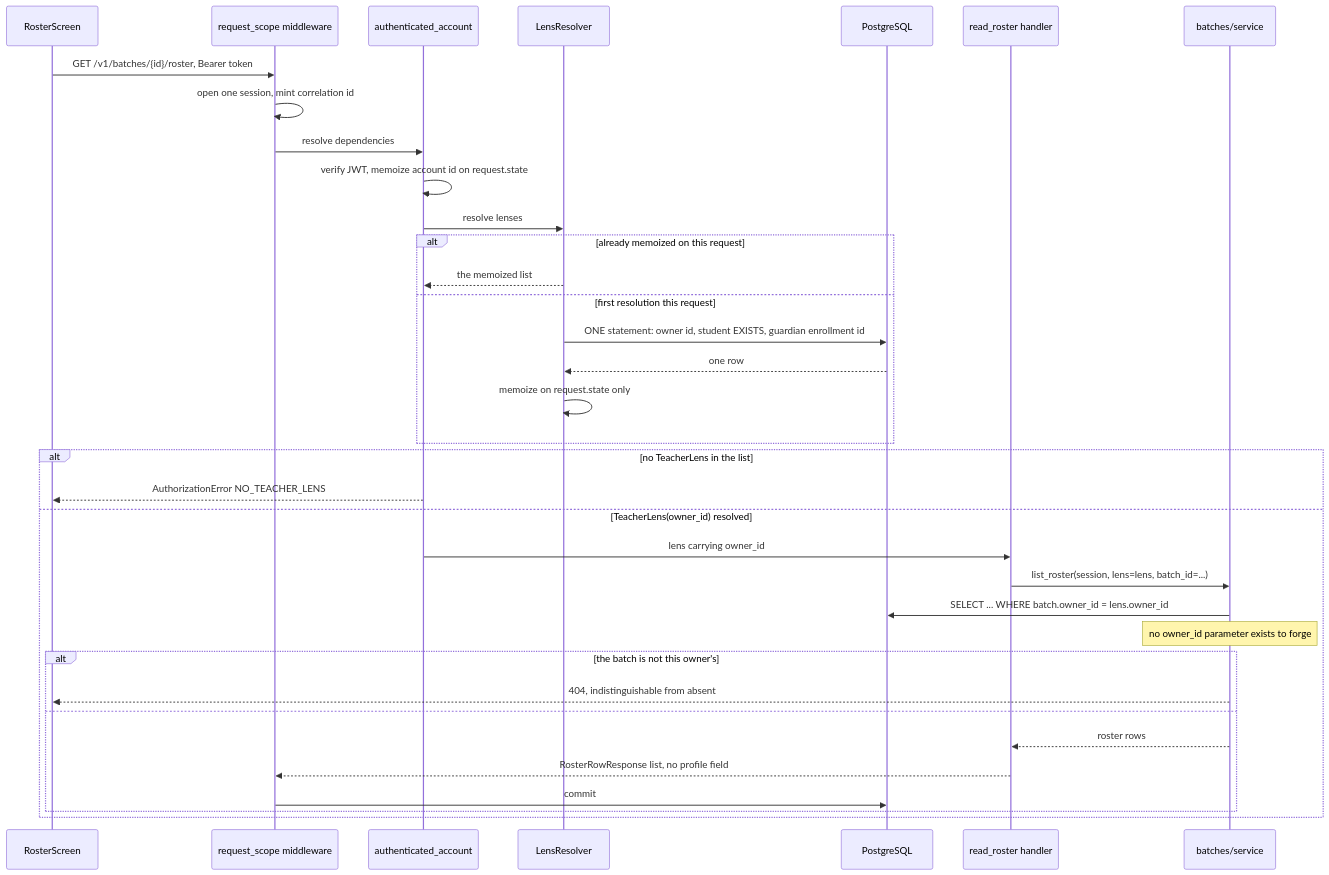
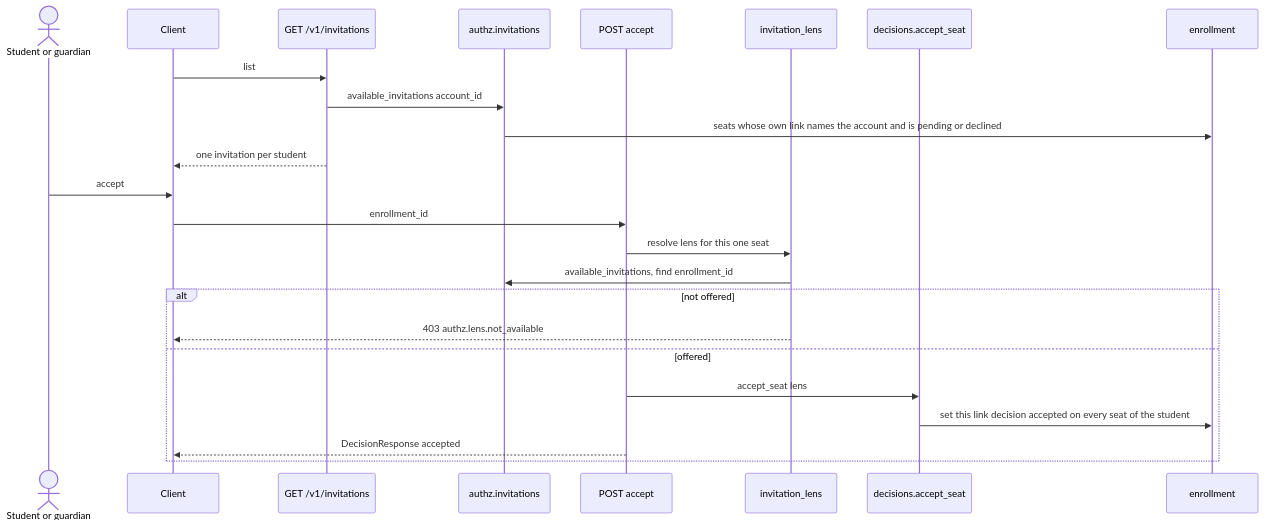
One commit to arshomashohag/shikkhok-plus changed the fifth of 6 diagrams in aidlc/spaces/default/codekb/shikkhok-plus/architecture.md. Above: the diagram before and after it, drawn with Mermaid. The commit also changed other lines of this file and 16 other files, not shown here.

````diff
--- a/aidlc/spaces/default/codekb/shikkhok-plus/architecture.md
+++ b/aidlc/spaces/default/codekb/shikkhok-plus/architecture.md
@@ -260,38 +216,26 @@
 ```mermaid
 sequenceDiagram
-    participant App as RosterScreen
-    participant MW as request_scope middleware
-    participant DEP as authenticated_account
-    participant RES as LensResolver
-    participant DB as PostgreSQL
-    participant H as read_roster handler
-    participant SVC as batches/service
-
-    App->>MW: GET /v1/batches/{id}/roster, Bearer token
-    MW->>MW: open one session, mint correlation id
-    MW->>DEP: resolve dependencies
-    DEP->>DEP: verify JWT, memoize account id on request.state
-    DEP->>RES: resolve lenses
-    alt already memoized on this request
-        RES-->>DEP: the memoized list
-    else first resolution this request
-        RES->>DB: ONE statement: owner id, student EXISTS, guardian enrollment id
-        DB-->>RES: one row
-        RES->>RES: memoize on request.state only
-    end
-    alt no TeacherLens in the list
-        DEP-->>App: AuthorizationError NO_TEACHER_LENS
-    else TeacherLens(owner_id) resolved
-        DEP->>H: lens carrying owner_id
-        H->>SVC: list_roster(session, lens=lens, batch_id=...)
-        SVC->>DB: SELECT ... WHERE batch.owner_id = lens.owner_id
-        Note over SVC: no owner_id parameter exists to forge
-        alt the batch is not this owner's
-            SVC-->>App: 404, indistinguishable from absent
-        else
-            SVC-->>H: roster rows
-            H-->>MW: RosterRowResponse list, no profile field
-            MW->>DB: commit
-        end
+    actor P as Student or guardian
+    participant C as Client
+    participant LI as GET /v1/invitations
+    participant IV as authz.invitations
+    participant AC as POST accept
+    participant DEP as invitation_lens
+    participant D as decisions.accept_seat
+    participant DB as enrollment
+    C->>LI: list
+    LI->>IV: available_invitations account_id
+    IV->>DB: seats whose own link names the account and is pending or declined
+    LI-->>C: one invitation per student
+    P->>C: accept
+    C->>AC: enrollment_id
+    AC->>DEP: resolve lens for this one seat
+    DEP->>IV: available_invitations, find enrollment_id
+    alt not offered
+        DEP-->>C: 403 authz.lens.not_available
+    else offered
+        AC->>D: accept_seat lens
+        D->>DB: set this link decision accepted on every seat of the student
+        AC-->>C: DecisionResponse accepted
     end
 ```
````
